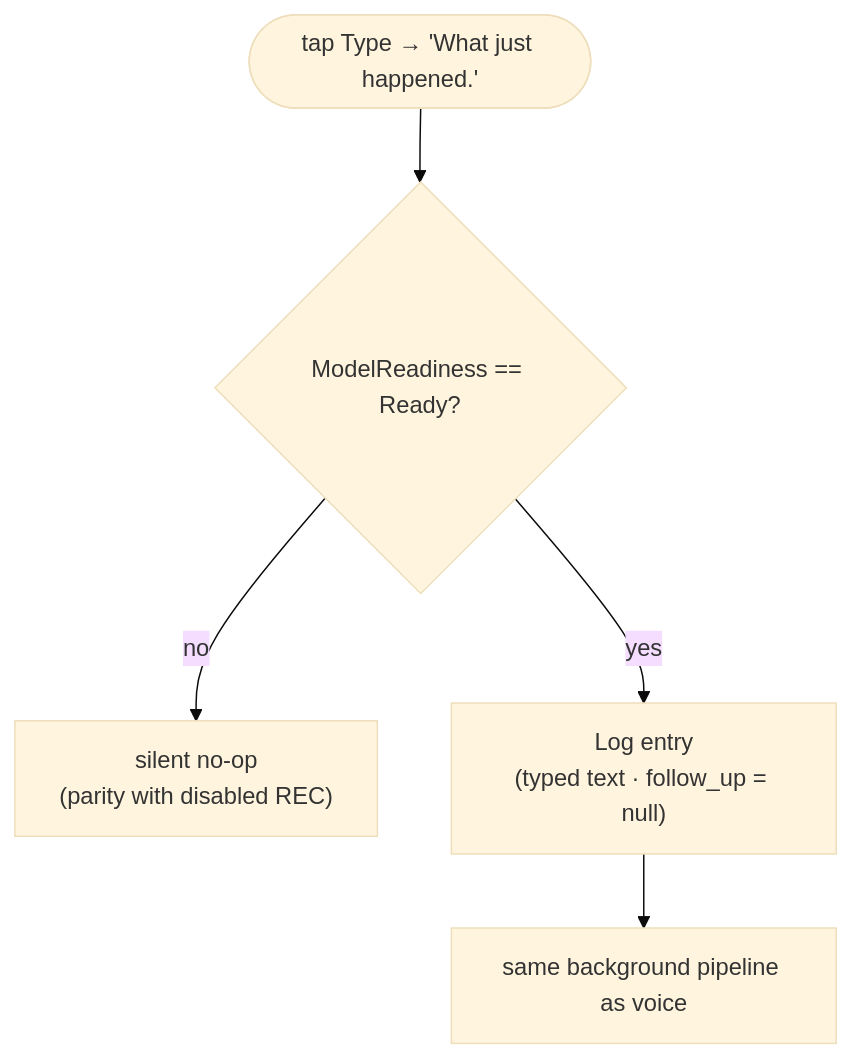
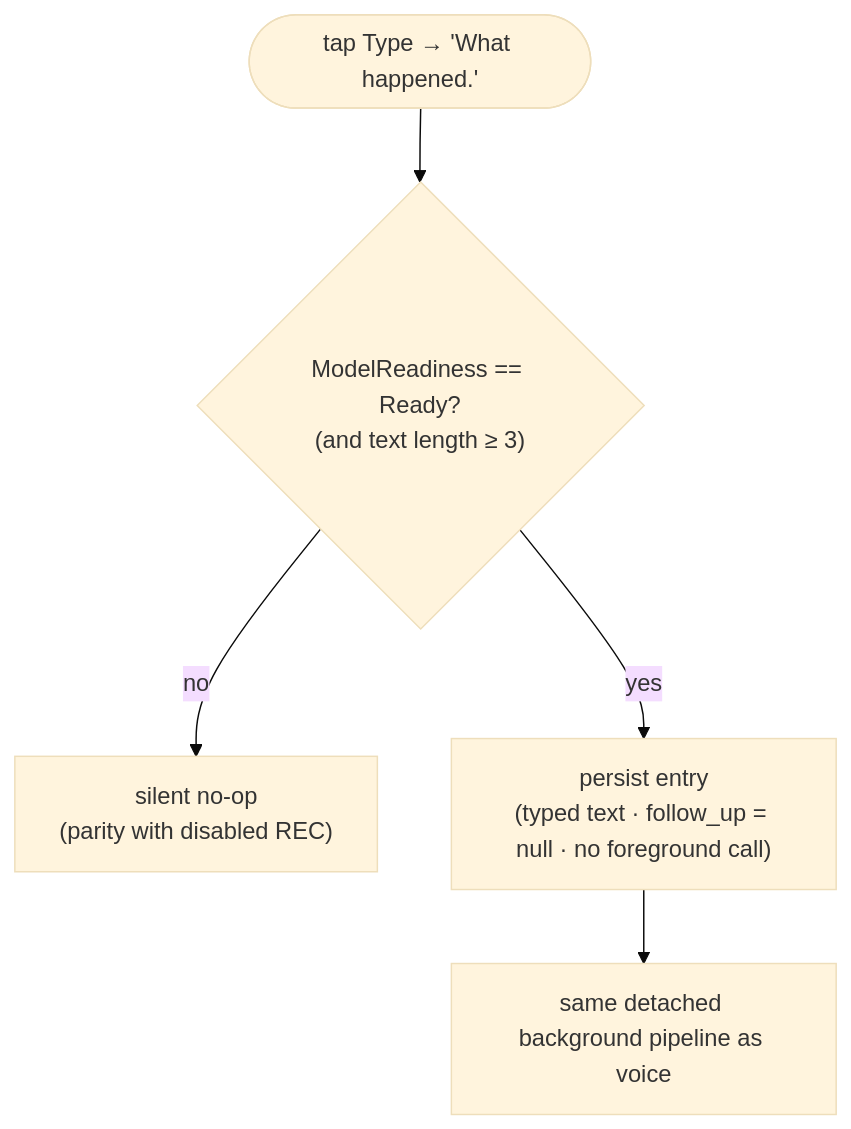
The third of 6 diagrams in docs/diagrams/user-flows.md (anchildress1/vestige), drawn with Mermaid (base theme) before and after one commit. The commit also changed other lines of this file and 19 other files, not shown here.

First line of the commit message:
docs: align diagram atlas, stories, README & spec docs to implementation (#62)

````diff
--- a/docs/diagrams/user-flows.md
+++ b/docs/diagrams/user-flows.md
@@ -54,10 +58,10 @@
 ```mermaid
 flowchart TD
-    accTitle: Typed capture flow requires foreground model
-    accDescr: The user taps Type and enters text. If the model readiness is Ready, Log entry persists the typed transcript and runs the background pipeline. If the model is not Ready, submit is a silent no-op matching the disabled record button.
+    accTitle: Typed capture flow is model-gated but skips the foreground call
+    accDescr: The user taps Type and enters text. If the model readiness is Ready and the text is at least 3 characters, the typed text is persisted directly with no foreground call and a null follow-up, then the same detached background pipeline runs. If the model is not Ready, submit is a silent no-op matching the disabled record button.
 
-    T(["tap Type → 'What just happened.'"]) --> RDY{"ModelReadiness == Ready?"}
+    T(["tap Type → 'What happened.'"]) --> RDY{"ModelReadiness == Ready?<br/>(and text length ≥ 3)"}
     RDY -- no --> NOOP["silent no-op<br/>(parity with disabled REC)"]
-    RDY -- yes --> LOG["Log entry<br/>(typed text · follow_up = null)"]
-    LOG --> BG["same background pipeline as voice"]
+    RDY -- yes --> LOG["persist entry<br/>(typed text · follow_up = null · no foreground call)"]
+    LOG --> BG["same detached background pipeline as voice"]
 ```
````
